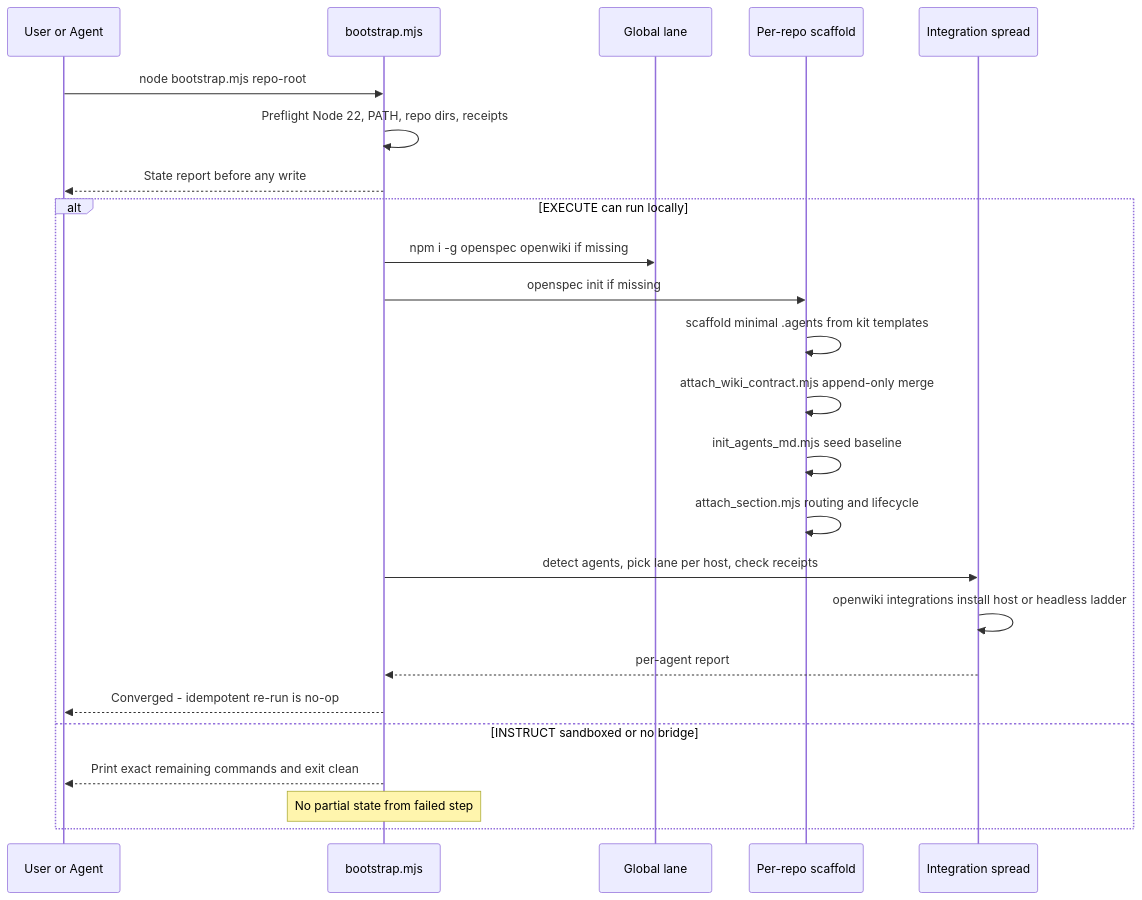
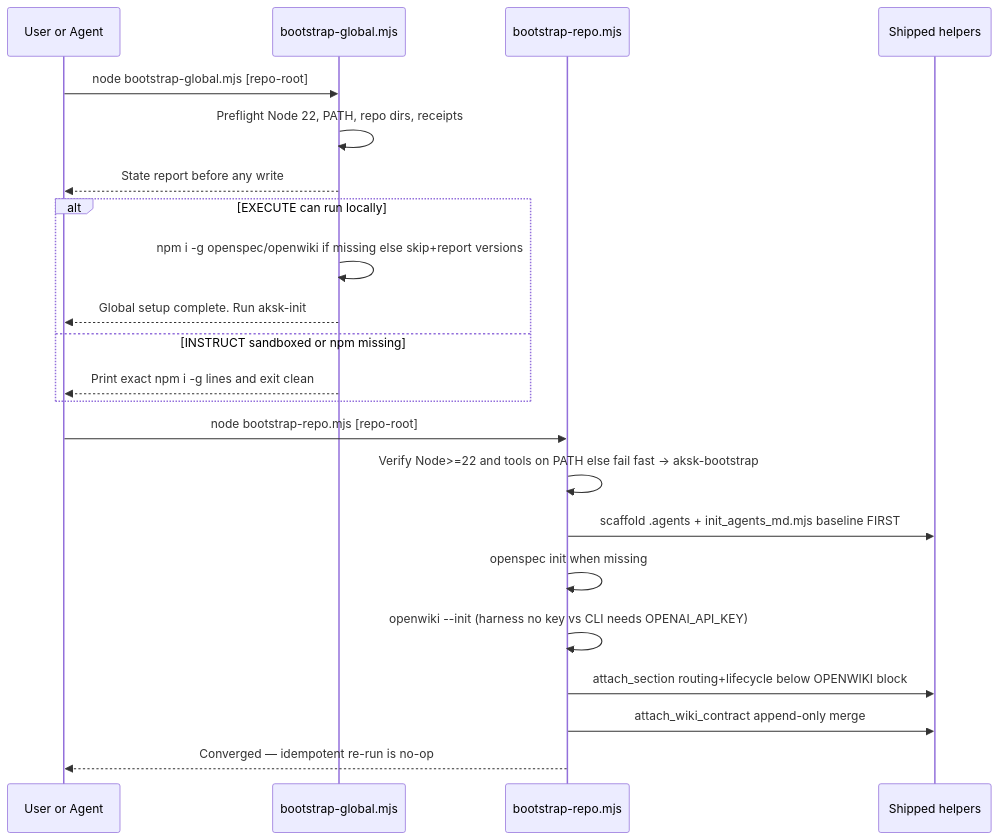
One commit to Hypercubed/Agent-Knowledge-Starter-Kit changed the first of 4 diagrams in openwiki/workflows/bootstrap-and-attachment.md. Above: the diagram before and after it, drawn with Mermaid. The commit also changed other lines of this file and 80 other files, not shown here.

````diff
--- a/openwiki/workflows/bootstrap-and-attachment.md
+++ b/openwiki/workflows/bootstrap-and-attachment.md
@@ -80,27 +93,25 @@
 ```mermaid
 sequenceDiagram
   participant U as User or Agent
-  participant B as bootstrap.mjs
-  participant G as Global lane
-  participant R as Per-repo scaffold
-  participant S as Integration spread
+  participant G as bootstrap-global.mjs
+  participant R as bootstrap-repo.mjs
+  participant H as Shipped helpers
 
-  U->>B: node bootstrap.mjs repo-root
-  B->>B: Preflight Node 22, PATH, repo dirs, receipts
-  B-->>U: State report before any write
+  U->>G: node bootstrap-global.mjs [repo-root]
+  G->>G: Preflight Node 22, PATH, repo dirs, receipts
+  G-->>U: State report before any write
   alt EXECUTE can run locally
-    B->>G: npm i -g openspec openwiki if missing
-    B->>R: openspec init if missing
-    R->>R: scaffold minimal .agents from kit templates
-    R->>R: attach_wiki_contract.mjs append-only merge
-    R->>R: init_agents_md.mjs seed baseline
-    R->>R: attach_section.mjs routing and lifecycle
-    B->>S: detect agents, pick lane per host, check receipts
-    S->>S: openwiki integrations install host or headless ladder
-    S-->>B: per-agent report
-    B-->>U: Converged - idempotent re-run is no-op
-  else INSTRUCT sandboxed or no bridge
-    B-->>U: Print exact remaining commands and exit clean
-    Note over B: No partial state from failed step
+    G->>G: npm i -g openspec/openwiki if missing else skip+report versions
+    G-->>U: Global setup complete. Run aksk-init
+  else INSTRUCT sandboxed or npm missing
+    G-->>U: Print exact npm i -g lines and exit clean
   end
+  U->>R: node bootstrap-repo.mjs [repo-root]
+  R->>R: Verify Node>=22 and tools on PATH else fail fast → aksk-bootstrap
+  R->>H: scaffold .agents + init_agents_md.mjs baseline FIRST
+  R->>R: openspec init when missing
+  R->>R: openwiki --init (harness no key vs CLI needs OPENAI_API_KEY)
+  R->>H: attach_section routing+lifecycle below OPENWIKI block
+  R->>H: attach_wiki_contract append-only merge
+  R-->>U: Converged — idempotent re-run is no-op
 ```
````
